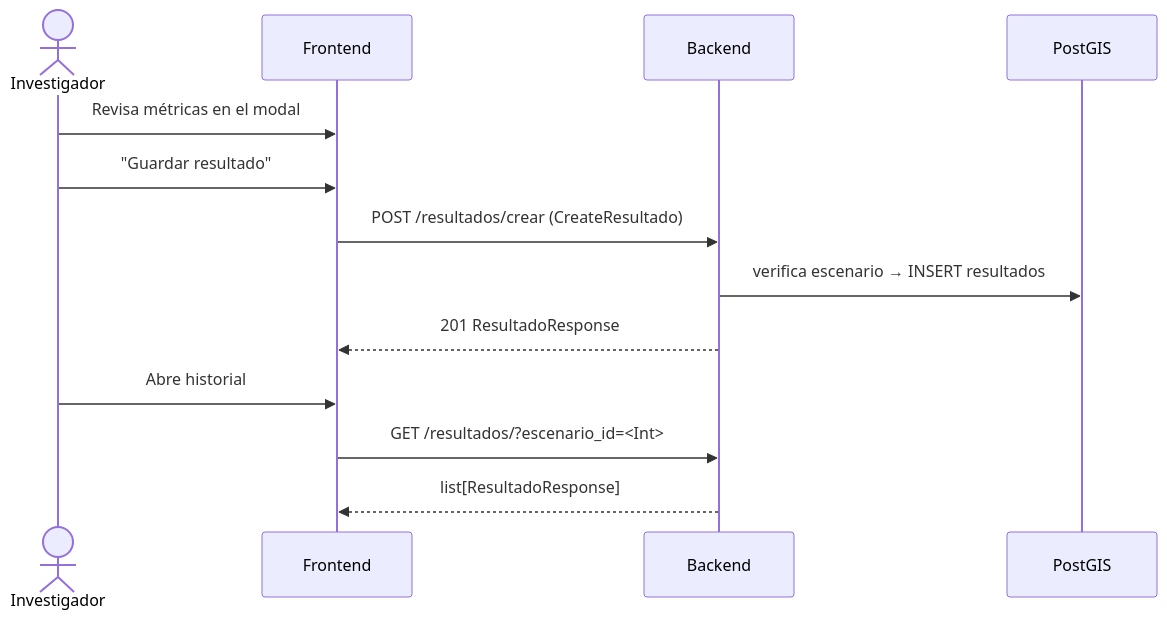
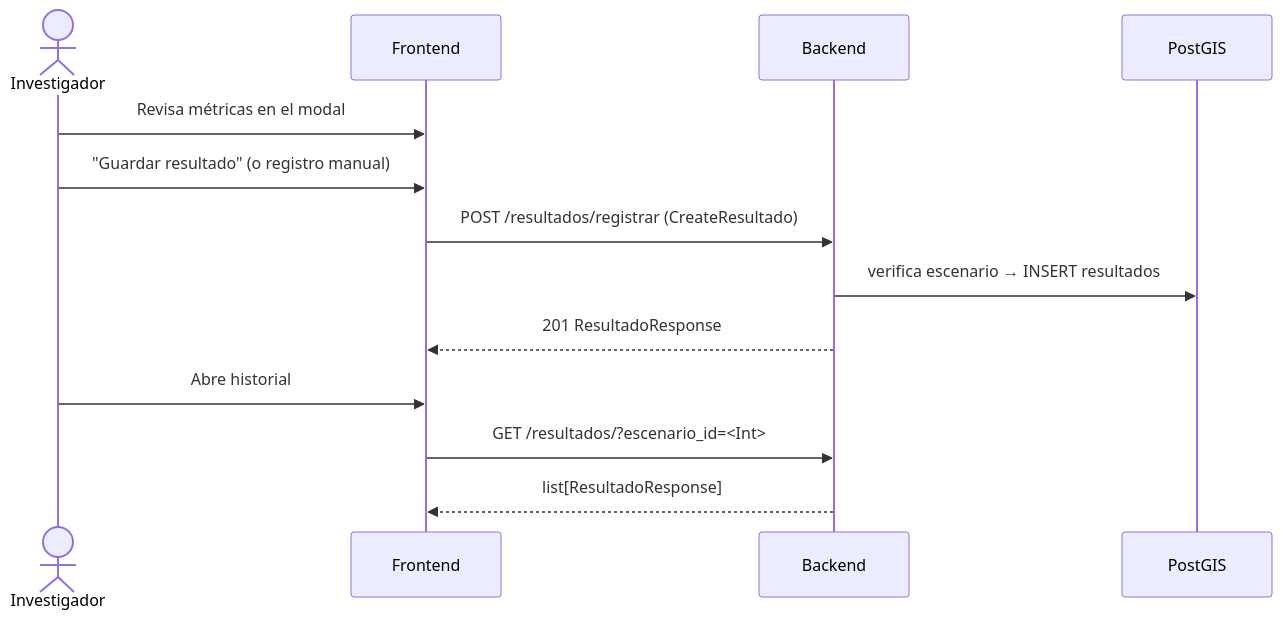
One commit to DMau1420/TranSystem-Twins changed diagram 13 of 16 in casosdeusocorregido.md. Above: the diagram before and after it, drawn with Mermaid. The commit also changed other lines of this file and 5 other files, not shown here.

````diff
--- a/casosdeusocorregido.md
+++ b/casosdeusocorregido.md
@@ -776,15 +787,15 @@
 ```mermaid
 sequenceDiagram
     actor U as Investigador
     participant FE as Frontend
     participant BE as Backend
     participant DB as PostGIS
     U->>FE: Revisa métricas en el modal
-    U->>FE: "Guardar resultado"
-    FE->>BE: POST /resultados/crear (CreateResultado)
+    U->>FE: "Guardar resultado" (o registro manual)
+    FE->>BE: POST /resultados/registrar (CreateResultado)
     BE->>DB: verifica escenario → INSERT resultados
     BE-->>FE: 201 ResultadoResponse
     U->>FE: Abre historial
     FE->>BE: GET /resultados/?escenario_id=<Int>
     BE-->>FE: list[ResultadoResponse]
 ```
````
